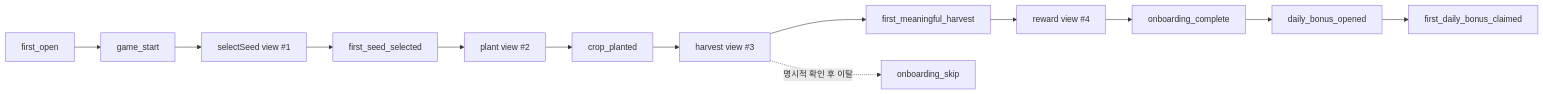
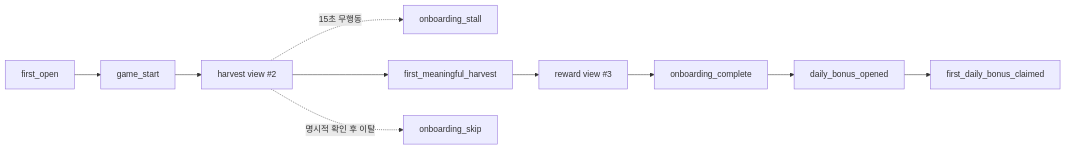
The diagram in docs/04-work/funnel-analytics.md (seorilabs/happy-farm), drawn with Mermaid before and after one commit. The commit also changed other lines of this file and 14 other files, not shown here.

````diff
--- a/docs/04-work/funnel-analytics.md
+++ b/docs/04-work/funnel-analytics.md
@@ -72,15 +73,12 @@
 ```mermaid
 flowchart LR
   A[first_open] --> B[game_start]
-  B --> C[selectSeed view #35;1]
-  C --> D[first_seed_selected]
-  D --> E[plant view #35;2]
-  E --> F[crop_planted]
-  F --> G[harvest view #35;3]
+  B --> G[harvest view #35;2]
+  G -. 15초 무행동 .-> T[onboarding_stall]
   G --> H[first_meaningful_harvest]
-  H --> I[reward view #35;4]
+  H --> I[reward view #35;3]
   I --> J[onboarding_complete]
   J --> K[daily_bonus_opened]
   K --> L[first_daily_bonus_claimed]
   G -. 명시적 확인 후 이탈 .-> S[onboarding_skip]
 ```
````
